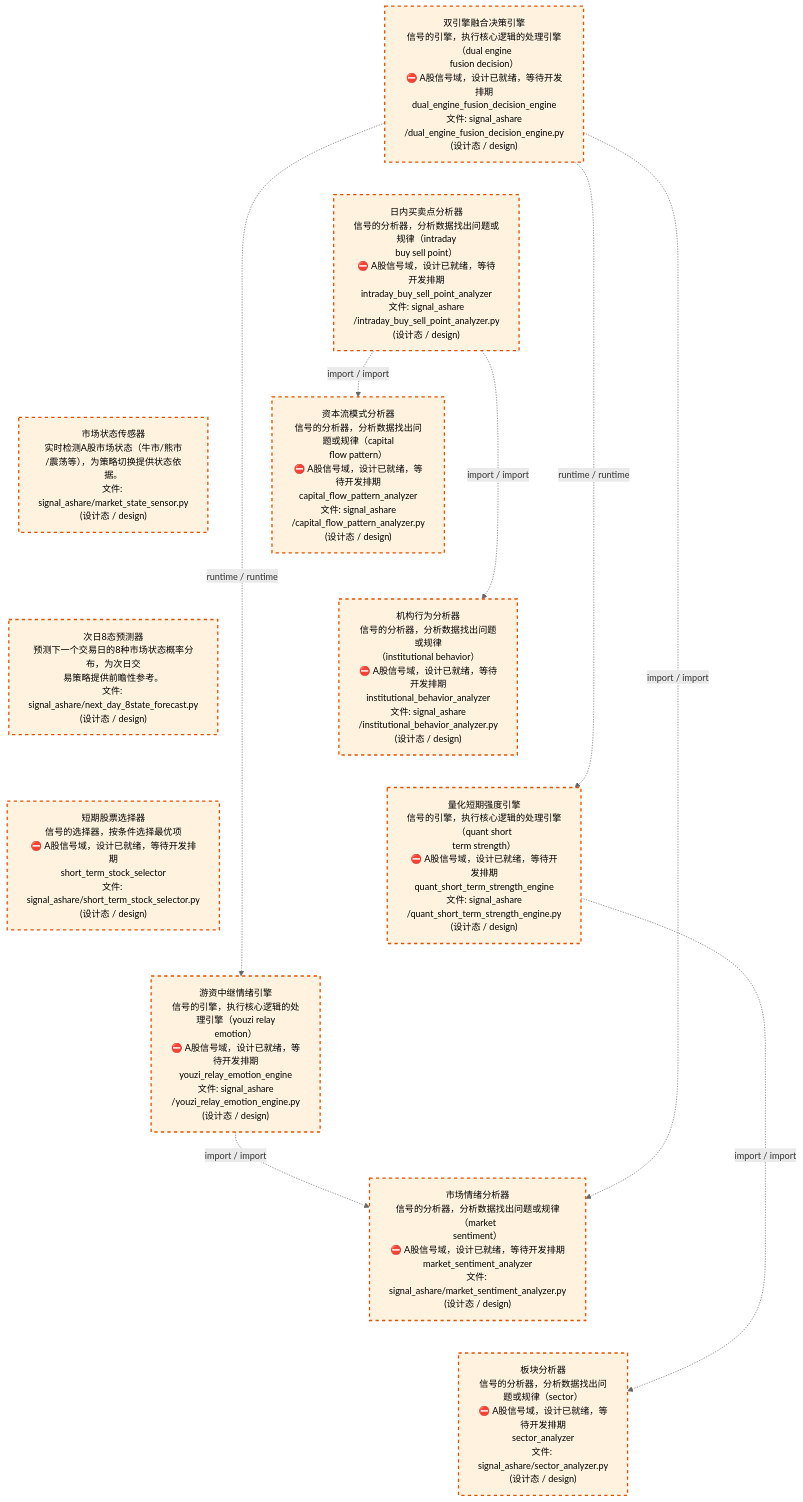
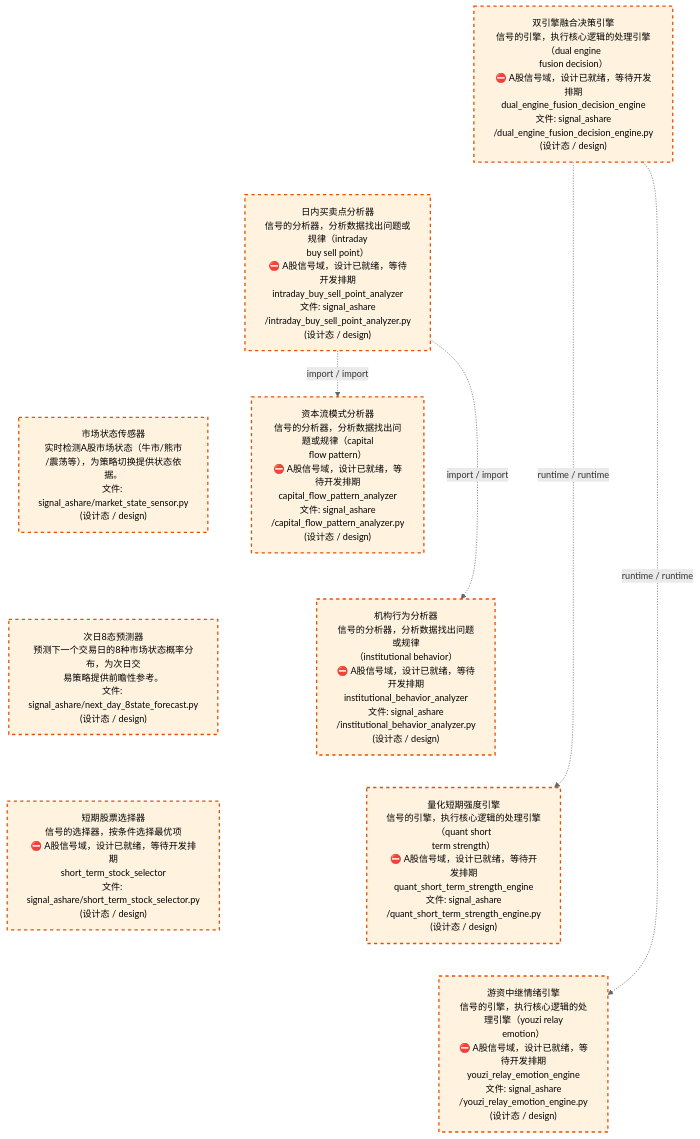
The third of 4 diagrams in docs/02_enterprise_architecture/02_domain_architecture_docs/32_d_ashare_signal.md (xuanFelixVan/ZephyrAlpha), drawn with Mermaid before and after one commit. The commit also changed other lines of this file and 46 other files, not shown here.

````diff
--- a/docs/02_enterprise_architecture/02_domain_architecture_docs/32_d_ashare_signal.md
+++ b/docs/02_enterprise_architecture/02_domain_architecture_docs/32_d_ashare_signal.md
@@ -138,35 +142,29 @@
 ```mermaid
 %%{init: {'theme': 'base', 'themeVariables': {'primaryColor': '#eaeaea', 'primaryTextColor': '#333333', 'primaryBorderColor': '#666666', 'lineColor': '#666666', 'secondaryColor': '#eaeaea', 'tertiaryColor': '#eaeaea', 'fontSize': '14px'}}}%%
 flowchart TD
     src_zephyr_signal_ashare_dual_engine_fusion_decision_engine_py["双引擎融合决策引擎<br/>信号的引擎，执行核心逻辑的处理引擎（dual engine<br/>fusion decision）<br/>⛔ A股信号域，设计已就绪，等待开发排期<br/>dual_engine_fusion_decision_engine<br/>文件: signal_ashare<br/>/dual_engine_fusion_decision_engine.py<br/>(设计态 / design)"]
     src_zephyr_signal_ashare_intraday_buy_sell_point_analyzer_py["日内买卖点分析器<br/>信号的分析器，分析数据找出问题或规律（intraday<br/>buy sell point）<br/>⛔ A股信号域，设计已就绪，等待开发排期<br/>intraday_buy_sell_point_analyzer<br/>文件: signal_ashare<br/>/intraday_buy_sell_point_analyzer.py<br/>(设计态 / design)"]
     src_zephyr_signal_ashare_market_state_sensor_py["市场状态传感器<br/>实时检测A股市场状态（牛市/熊市<br/>/震荡等），为策略切换提供状态依据。<br/>文件: signal_ashare/market_state_sensor.py<br/>(设计态 / design)"]
     src_zephyr_signal_ashare_next_day_8state_forecast_py["次日8态预测器<br/>预测下一个交易日的8种市场状态概率分布，为次日交<br/>易策略提供前瞻性参考。<br/>文件: signal_ashare/next_day_8state_forecast.py<br/>(设计态 / design)"]
     src_zephyr_signal_ashare_short_term_stock_selector_py["短期股票选择器<br/>信号的选择器，按条件选择最优项<br/>⛔ A股信号域，设计已就绪，等待开发排期<br/>short_term_stock_selector<br/>文件: signal_ashare/short_term_stock_selector.py<br/>(设计态 / design)"]
     src_zephyr_signal_ashare_dual_engine_fusion_decision_engine_py ~~~ src_zephyr_signal_ashare_intraday_buy_sell_point_analyzer_py
     src_zephyr_signal_ashare_intraday_buy_sell_point_analyzer_py ~~~ src_zephyr_signal_ashare_market_state_sensor_py
     src_zephyr_signal_ashare_market_state_sensor_py ~~~ src_zephyr_signal_ashare_next_day_8state_forecast_py
     src_zephyr_signal_ashare_next_day_8state_forecast_py ~~~ src_zephyr_signal_ashare_short_term_stock_selector_py
     src_zephyr_signal_ashare_capital_flow_pattern_analyzer_py["资本流模式分析器<br/>信号的分析器，分析数据找出问题或规律（capital<br/>flow pattern）<br/>⛔ A股信号域，设计已就绪，等待开发排期<br/>capital_flow_pattern_analyzer<br/>文件: signal_ashare<br/>/capital_flow_pattern_analyzer.py<br/>(设计态 / design)"]
     src_zephyr_signal_ashare_institutional_behavior_analyzer_py["机构行为分析器<br/>信号的分析器，分析数据找出问题或规律<br/>（institutional behavior）<br/>⛔ A股信号域，设计已就绪，等待开发排期<br/>institutional_behavior_analyzer<br/>文件: signal_ashare<br/>/institutional_behavior_analyzer.py<br/>(设计态 / design)"]
     src_zephyr_signal_ashare_quant_short_term_strength_engine_py["量化短期强度引擎<br/>信号的引擎，执行核心逻辑的处理引擎（quant short<br/>term strength）<br/>⛔ A股信号域，设计已就绪，等待开发排期<br/>quant_short_term_strength_engine<br/>文件: signal_ashare<br/>/quant_short_term_strength_engine.py<br/>(设计态 / design)"]
     src_zephyr_signal_ashare_youzi_relay_emotion_engine_py["游资中继情绪引擎<br/>信号的引擎，执行核心逻辑的处理引擎（youzi relay<br/>emotion）<br/>⛔ A股信号域，设计已就绪，等待开发排期<br/>youzi_relay_emotion_engine<br/>文件: signal_ashare<br/>/youzi_relay_emotion_engine.py<br/>(设计态 / design)"]
     src_zephyr_signal_ashare_capital_flow_pattern_analyzer_py ~~~ src_zephyr_signal_ashare_institutional_behavior_analyzer_py
     src_zephyr_signal_ashare_institutional_behavior_analyzer_py ~~~ src_zephyr_signal_ashare_quant_short_term_strength_engine_py
     src_zephyr_signal_ashare_quant_short_term_strength_engine_py ~~~ src_zephyr_signal_ashare_youzi_relay_emotion_engine_py
-    src_zephyr_signal_ashare_market_sentiment_analyzer_py["市场情绪分析器<br/>信号的分析器，分析数据找出问题或规律（market<br/>sentiment）<br/>⛔ A股信号域，设计已就绪，等待开发排期<br/>market_sentiment_analyzer<br/>文件: signal_ashare/market_sentiment_analyzer.py<br/>(设计态 / design)"]
-    src_zephyr_signal_ashare_sector_analyzer_py["板块分析器<br/>信号的分析器，分析数据找出问题或规律（sector）<br/>⛔ A股信号域，设计已就绪，等待开发排期<br/>sector_analyzer<br/>文件: signal_ashare/sector_analyzer.py<br/>(设计态 / design)"]
-    src_zephyr_signal_ashare_market_sentiment_analyzer_py ~~~ src_zephyr_signal_ashare_sector_analyzer_py
     src_zephyr_signal_ashare_intraday_buy_sell_point_analyzer_py -.->|import / import| src_zephyr_signal_ashare_institutional_behavior_analyzer_py
     src_zephyr_signal_ashare_intraday_buy_sell_point_analyzer_py -.->|import / import| src_zephyr_signal_ashare_capital_flow_pattern_analyzer_py
-    src_zephyr_signal_ashare_youzi_relay_emotion_engine_py -.->|import / import| src_zephyr_signal_ashare_market_sentiment_analyzer_py
-    src_zephyr_signal_ashare_quant_short_term_strength_engine_py -.->|import / import| src_zephyr_signal_ashare_sector_analyzer_py
-    src_zephyr_signal_ashare_dual_engine_fusion_decision_engine_py -.->|import / import| src_zephyr_signal_ashare_market_sentiment_analyzer_py
     src_zephyr_signal_ashare_dual_engine_fusion_decision_engine_py -.->|runtime / runtime| src_zephyr_signal_ashare_youzi_relay_emotion_engine_py
     src_zephyr_signal_ashare_dual_engine_fusion_decision_engine_py -.->|runtime / runtime| src_zephyr_signal_ashare_quant_short_term_strength_engine_py
     classDef production fill:#e1f5fe,stroke:#01579b,stroke-width:2px,color:#000
     classDef design fill:#fff3e0,stroke:#e65100,stroke-width:2px,color:#000,stroke-dasharray: 5 5
     classDef external_prod fill:#e8f4fd,stroke:#0277bd,stroke-width:1px,color:#000
     classDef external_design fill:#fff8e7,stroke:#ef6c00,stroke-width:1px,color:#000,stroke-dasharray: 5 5
-    class src_zephyr_signal_ashare_capital_flow_pattern_analyzer_py,src_zephyr_signal_ashare_dual_engine_fusion_decision_engine_py,src_zephyr_signal_ashare_institutional_behavior_analyzer_py,src_zephyr_signal_ashare_intraday_buy_sell_point_analyzer_py,src_zephyr_signal_ashare_market_sentiment_analyzer_py,src_zephyr_signal_ashare_market_state_sensor_py,src_zephyr_signal_ashare_next_day_8state_forecast_py,src_zephyr_signal_ashare_quant_short_term_strength_engine_py,src_zephyr_signal_ashare_sector_analyzer_py,src_zephyr_signal_ashare_short_term_stock_selector_py,src_zephyr_signal_ashare_youzi_relay_emotion_engine_py design
+    class src_zephyr_signal_ashare_capital_flow_pattern_analyzer_py,src_zephyr_signal_ashare_dual_engine_fusion_decision_engine_py,src_zephyr_signal_ashare_institutional_behavior_analyzer_py,src_zephyr_signal_ashare_intraday_buy_sell_point_analyzer_py,src_zephyr_signal_ashare_market_state_sensor_py,src_zephyr_signal_ashare_next_day_8state_forecast_py,src_zephyr_signal_ashare_quant_short_term_strength_engine_py,src_zephyr_signal_ashare_short_term_stock_selector_py,src_zephyr_signal_ashare_youzi_relay_emotion_engine_py design
 ```
````
